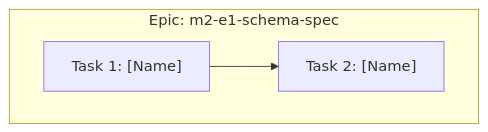
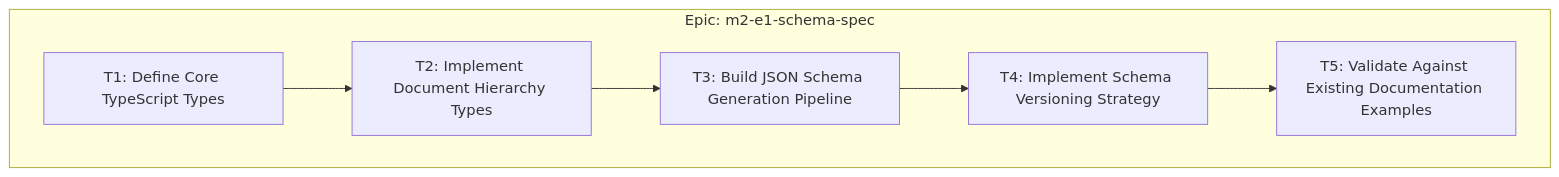
Before and after one commit to livelifelively/documentation-driven-development-tools: the second of 6 diagrams in docs/m2-ddd-spec/m2-e1-schema-spec/m2-e1-schema-spec.epic.md, drawn with Mermaid. The commit also changed other lines of this file and 5 other files, not shown here.

````diff
--- a/docs/m2-ddd-spec/m2-e1-schema-spec/m2-e1-schema-spec.epic.md
+++ b/docs/m2-ddd-spec/m2-e1-schema-spec/m2-e1-schema-spec.epic.md
@@ -81,8 +103,14 @@
 ```mermaid
 graph TD
     subgraph Epic: m2-e1-schema-spec
-        T1["Task 1: [Name]"]
-        T2["Task 2: [Name]"]
+        T1["T1: Define Core TypeScript Types"]
+        T2["T2: Implement Document Hierarchy Types"]
+        T3["T3: Build JSON Schema Generation Pipeline"]
+        T4["T4: Implement Schema Versioning Strategy"]
+        T5["T5: Validate Against Existing Documentation Examples"]
     end
     T1 --> T2
+    T2 --> T3
+    T3 --> T4
+    T4 --> T5
 ```
````
